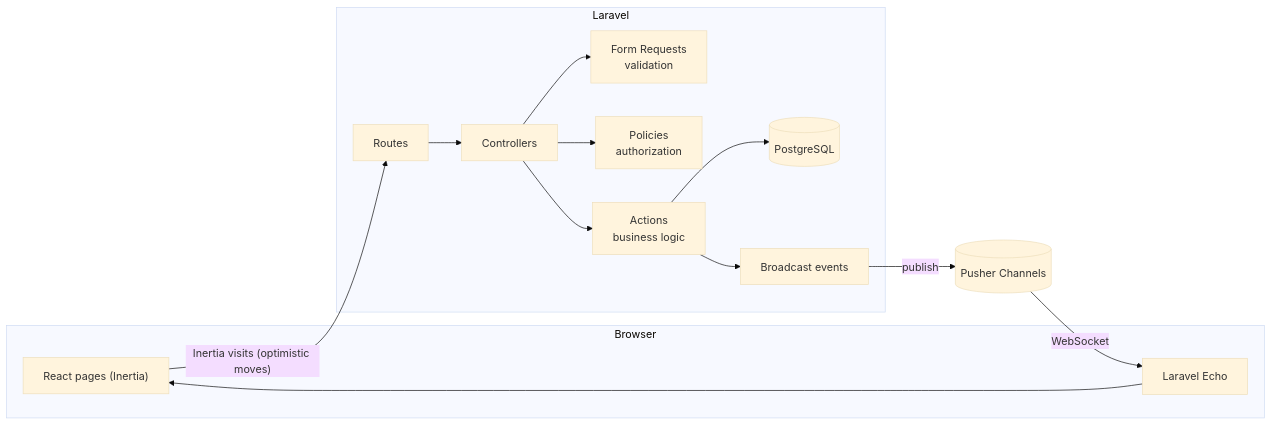
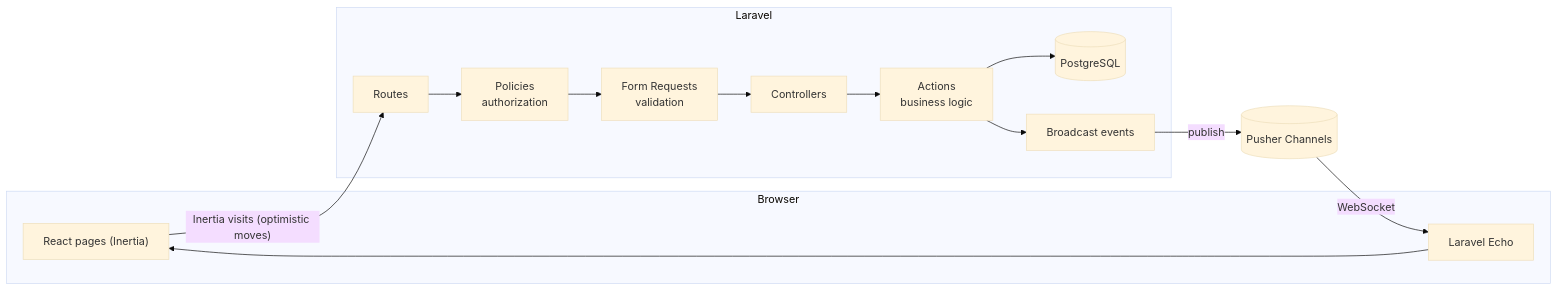
The diagram in README.md (dailaaaaan/taskflow), drawn with Mermaid (base theme) before and after one commit. The commit also changed other lines of this file and 4 other files, not shown here.

````diff
--- a/README.md
+++ b/README.md
@@ -74,21 +70,21 @@
 ```mermaid
 flowchart LR
     subgraph Browser
         UI["React pages (Inertia)"]
         Echo["Laravel Echo"]
     end
 
     subgraph Laravel
-        R["Routes"] --> C["Controllers"]
-        C --> FR["Form Requests<br/>validation"]
-        C --> P["Policies<br/>authorization"]
+        R["Routes"] --> P["Policies<br/>authorization"]
+        P --> FR["Form Requests<br/>validation"]
+        FR --> C["Controllers"]
         C --> A["Actions<br/>business logic"]
         A --> DB[("PostgreSQL")]
         A --> E["Broadcast events"]
     end
 
     UI -- "Inertia visits (optimistic moves)" --> R
     E -- "publish" --> Pusher[("Pusher Channels")]
     Pusher -- "WebSocket" --> Echo
     Echo --> UI
 ```
````
